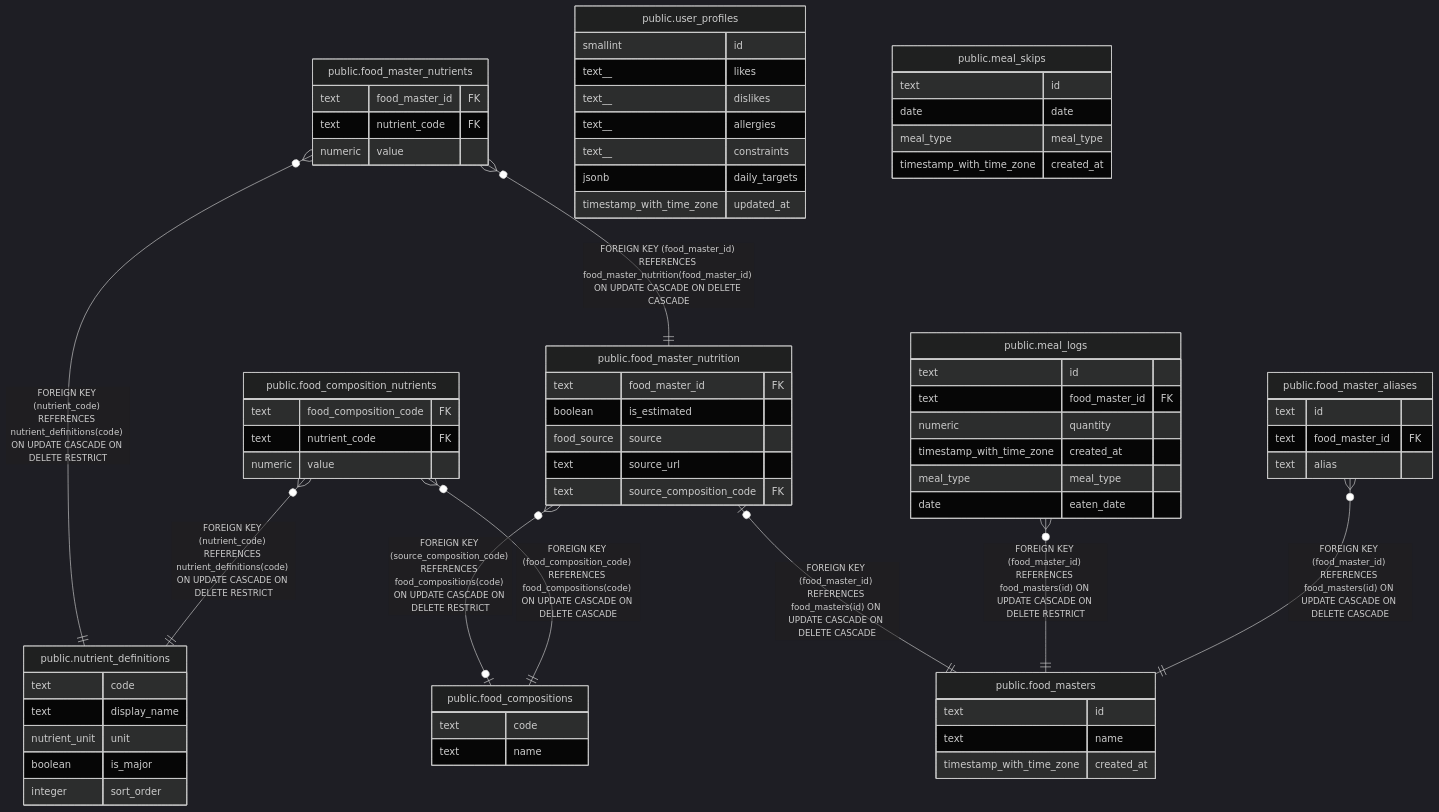
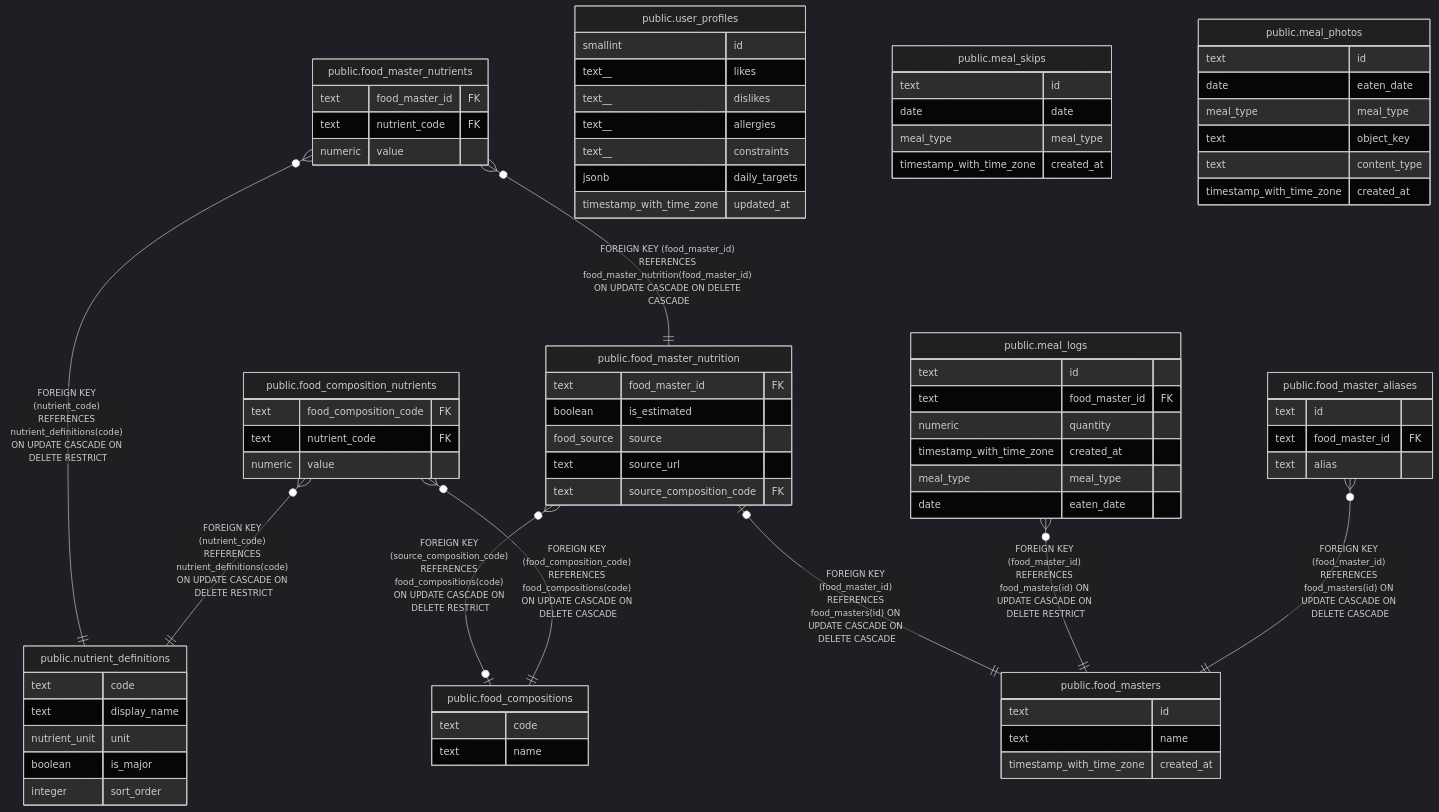
The diagram in docs/db/README.md (fohte/meshi), drawn with Mermaid (dark theme) before and after one commit. The commit also changed 6 other files, not shown here.

````diff
--- a/docs/db/README.md
+++ b/docs/db/README.md
@@ -65,74 +65,82 @@
 ```mermaid
 erDiagram
 
 "public.food_composition_nutrients" }o--|| "public.food_compositions" : "FOREIGN KEY (food_composition_code) REFERENCES food_compositions(code) ON UPDATE CASCADE ON DELETE CASCADE"
 "public.food_composition_nutrients" }o--|| "public.nutrient_definitions" : "FOREIGN KEY (nutrient_code) REFERENCES nutrient_definitions(code) ON UPDATE CASCADE ON DELETE RESTRICT"
 "public.food_master_aliases" }o--|| "public.food_masters" : "FOREIGN KEY (food_master_id) REFERENCES food_masters(id) ON UPDATE CASCADE ON DELETE CASCADE"
 "public.food_master_nutrients" }o--|| "public.nutrient_definitions" : "FOREIGN KEY (nutrient_code) REFERENCES nutrient_definitions(code) ON UPDATE CASCADE ON DELETE RESTRICT"
 "public.food_master_nutrients" }o--|| "public.food_master_nutrition" : "FOREIGN KEY (food_master_id) REFERENCES food_master_nutrition(food_master_id) ON UPDATE CASCADE ON DELETE CASCADE"
 "public.meal_logs" }o--|| "public.food_masters" : "FOREIGN KEY (food_master_id) REFERENCES food_masters(id) ON UPDATE CASCADE ON DELETE RESTRICT"
 "public.food_master_nutrition" }o--o| "public.food_compositions" : "FOREIGN KEY (source_composition_code) REFERENCES food_compositions(code) ON UPDATE CASCADE ON DELETE RESTRICT"
 "public.food_master_nutrition" |o--|| "public.food_masters" : "FOREIGN KEY (food_master_id) REFERENCES food_masters(id) ON UPDATE CASCADE ON DELETE CASCADE"
 
 "public.food_composition_nutrients" {
   text food_composition_code FK
   text nutrient_code FK
   numeric value
 }
 "public.food_compositions" {
   text code
   text name
 }
 "public.food_master_aliases" {
   text id
   text food_master_id FK
   text alias
 }
 "public.food_master_nutrients" {
   text food_master_id FK
   text nutrient_code FK
   numeric value
 }
 "public.food_masters" {
   text id
   text name
   timestamp_with_time_zone created_at
 }
 "public.meal_logs" {
   text id
   text food_master_id FK
   numeric quantity
   timestamp_with_time_zone created_at
   meal_type meal_type
   date eaten_date
 }
 "public.nutrient_definitions" {
   text code
   text display_name
   nutrient_unit unit
   boolean is_major
   integer sort_order
 }
 "public.user_profiles" {
   smallint id
   text__ likes
   text__ dislikes
   text__ allergies
   text__ constraints
   jsonb daily_targets
   timestamp_with_time_zone updated_at
 }
 "public.meal_skips" {
   text id
   date date
   meal_type meal_type
   timestamp_with_time_zone created_at
 }
 "public.food_master_nutrition" {
   text food_master_id FK
   boolean is_estimated
   food_source source
   text source_url
   text source_composition_code FK
 }
+"public.meal_photos" {
+  text id
+  date eaten_date
+  meal_type meal_type
+  text object_key
+  text content_type
+  timestamp_with_time_zone created_at
+}
 ```
````
